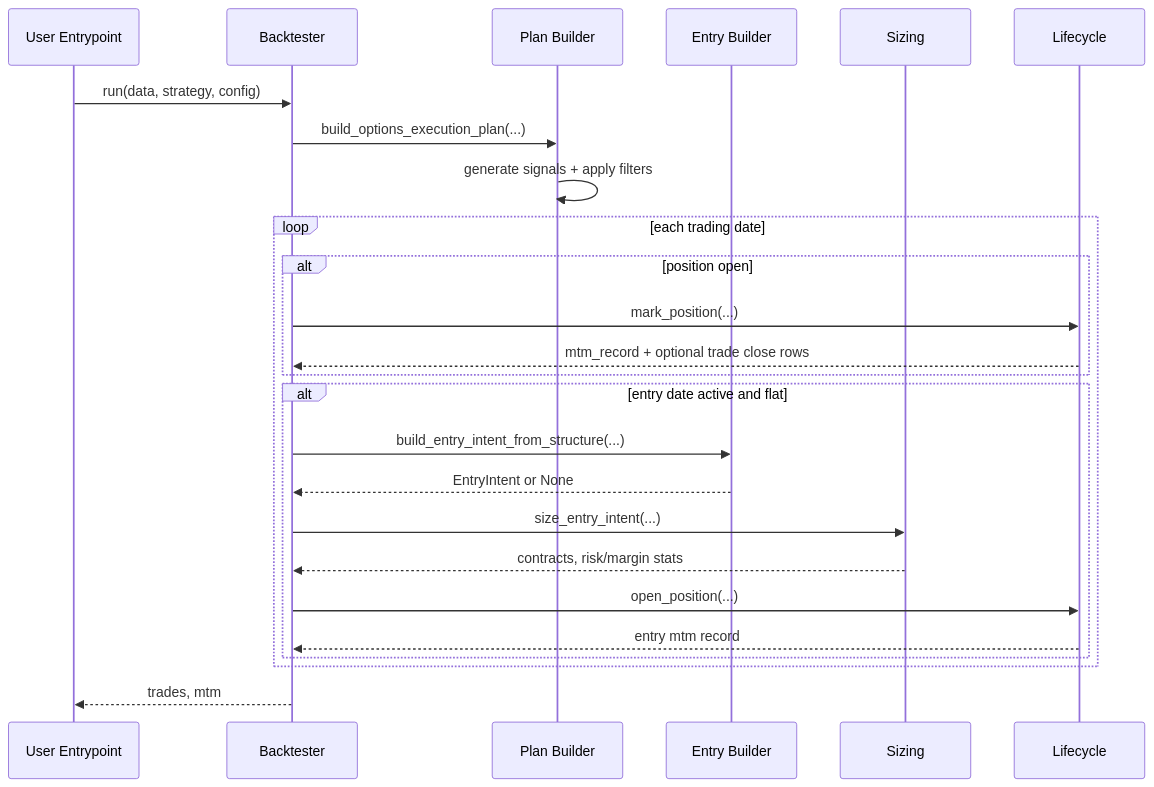
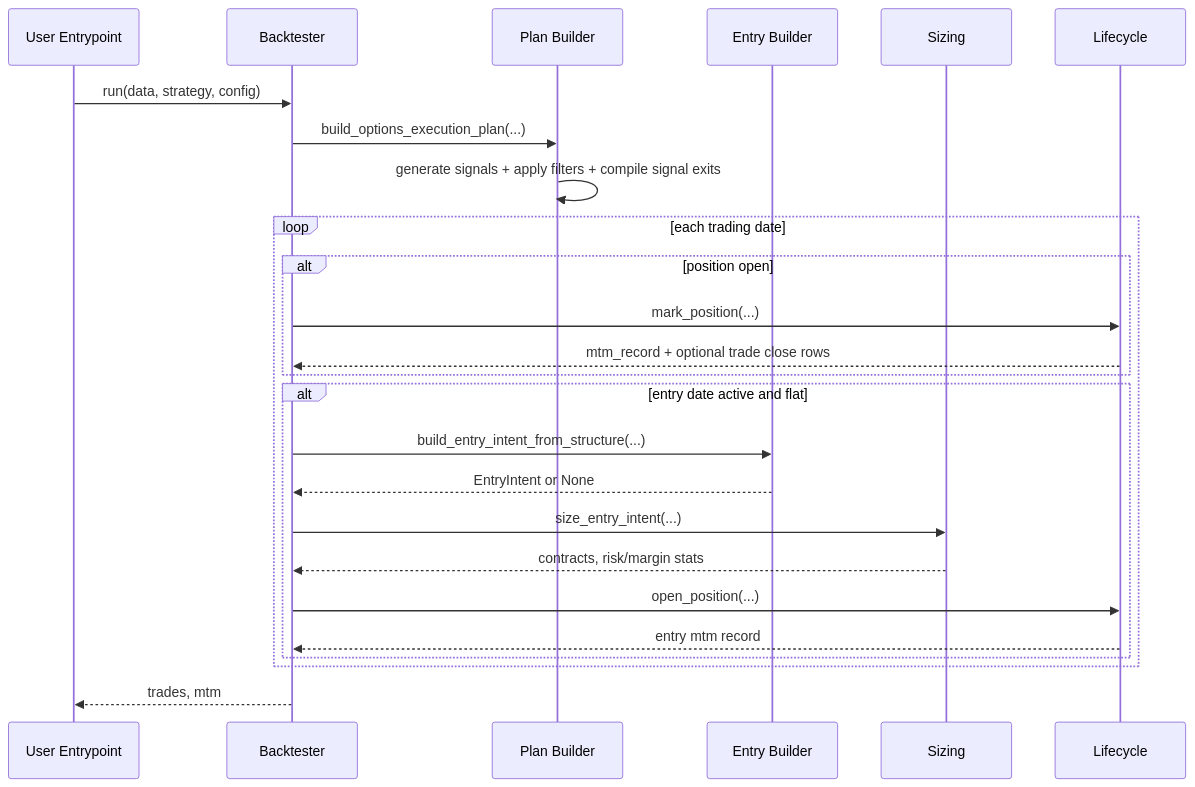
One commit to anthonymakarewicz/volatility-trading changed the second of 3 diagrams in docs/reference/backtesting/architecture_overview.md. Above: the diagram before and after it, drawn with Mermaid. The commit also changed other lines of this file and 21 other files, not shown here.

````diff
--- a/docs/reference/backtesting/architecture_overview.md
+++ b/docs/reference/backtesting/architecture_overview.md
@@ -57,28 +59,28 @@
 ```mermaid
 sequenceDiagram
     participant U as User Entrypoint
     participant B as Backtester
     participant P as Plan Builder
     participant E as Entry Builder
     participant Z as Sizing
     participant L as Lifecycle
 
     U->>B: run(data, strategy, config)
     B->>P: build_options_execution_plan(...)
-    P->>P: generate signals + apply filters
+    P->>P: generate signals + apply filters + compile signal exits
     loop each trading date
         alt position open
             B->>L: mark_position(...)
             L-->>B: mtm_record + optional trade close rows
         end
         alt entry date active and flat
             B->>E: build_entry_intent_from_structure(...)
             E-->>B: EntryIntent or None
             B->>Z: size_entry_intent(...)
             Z-->>B: contracts, risk/margin stats
             B->>L: open_position(...)
             L-->>B: entry mtm record
         end
     end
     B-->>U: trades, mtm
 ```
````
